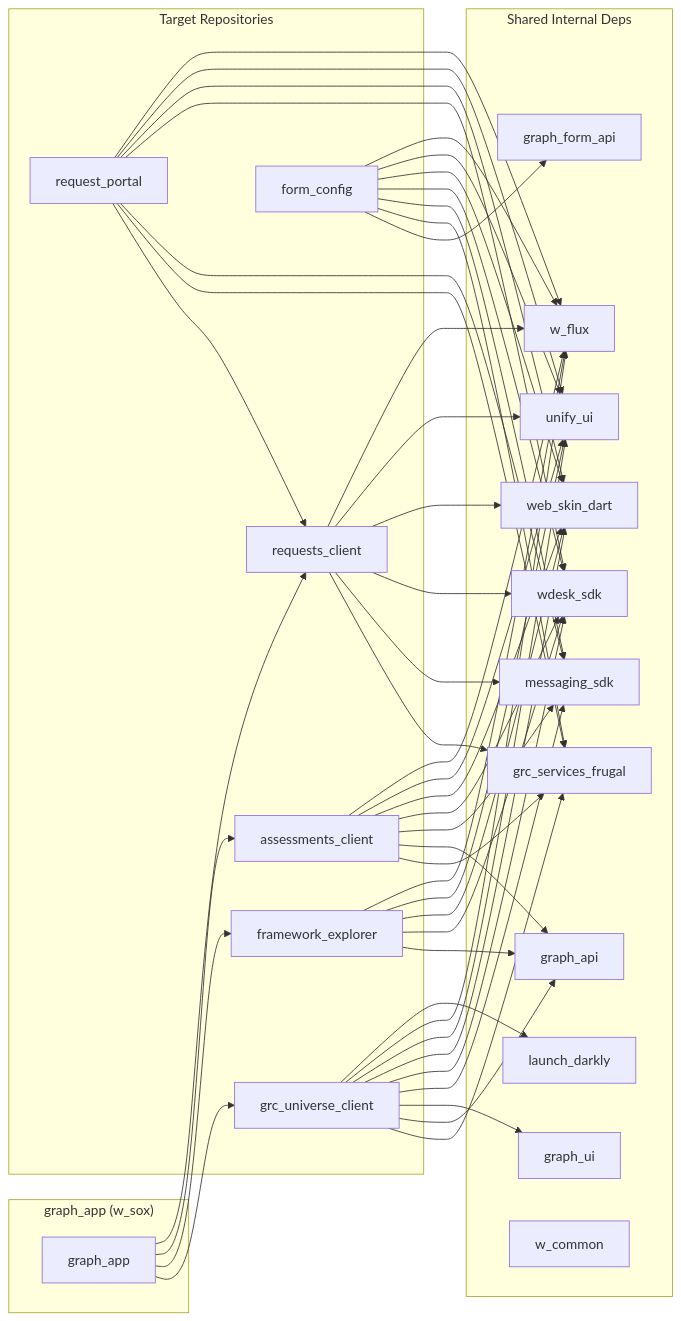
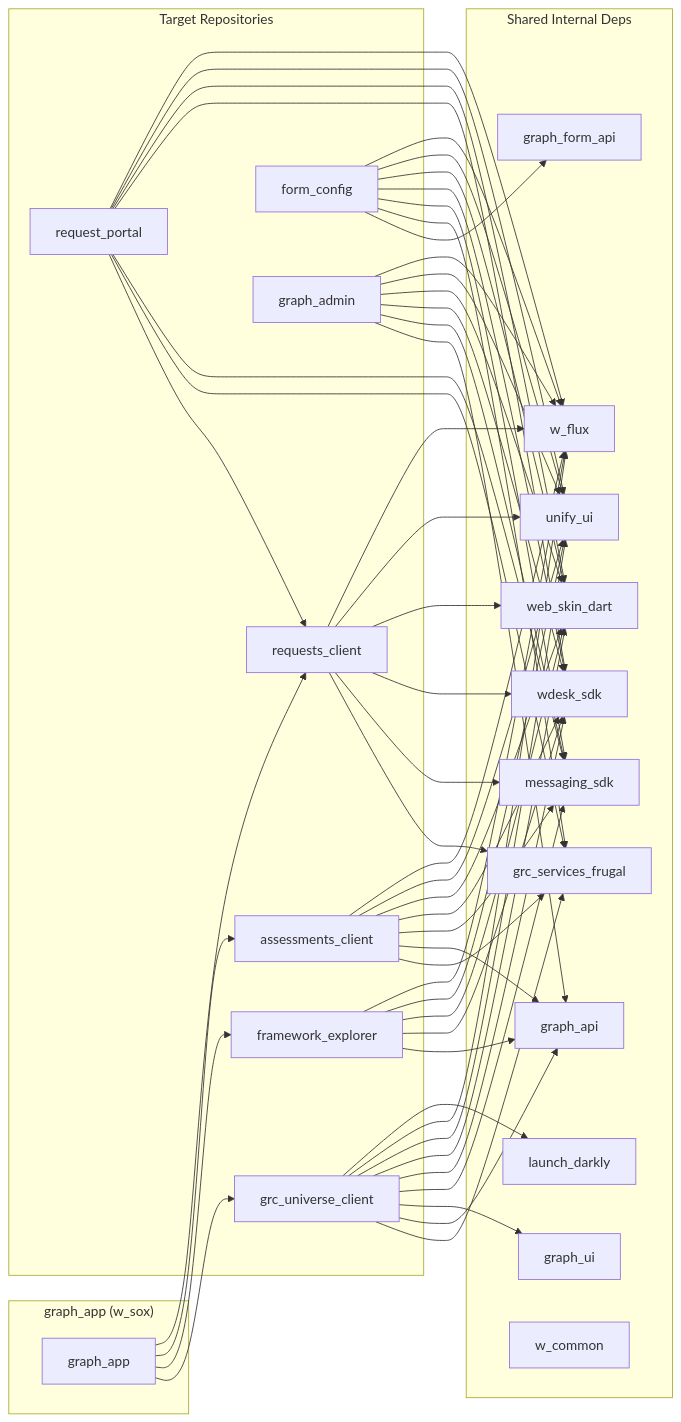
The third of 9 diagrams in SA-TOOLS/dart-to-typescript-migration-poc-analysis_claude.md (manilkumar-wk/research-and-learnings), drawn with Mermaid before and after one commit. The commit also changed other lines of this file, not shown here.

First line of the commit message:
add: graph_admin analysis and two-phase POC strategy

````diff
--- a/SA-TOOLS/dart-to-typescript-migration-poc-analysis_claude.md
+++ b/SA-TOOLS/dart-to-typescript-migration-poc-analysis_claude.md
@@ -600,6 +765,7 @@
         RC[requests_client]
         RP[request_portal]
         FC[form_config]
+        GADM[graph_admin]
     end
 
     subgraph "Shared Internal Deps"
@@ -667,4 +833,11 @@
     FC --> WEBSKIN
     FC --> UNIFYUI
     FC --> WFLUX
+
+    GADM --> GRAPHAPI
+    GADM --> MSGSDK
+    GADM --> WDESKSDK
+    GADM --> WEBSKIN
+    GADM --> UNIFYUI
+    GADM --> WFLUX
 ```
````
